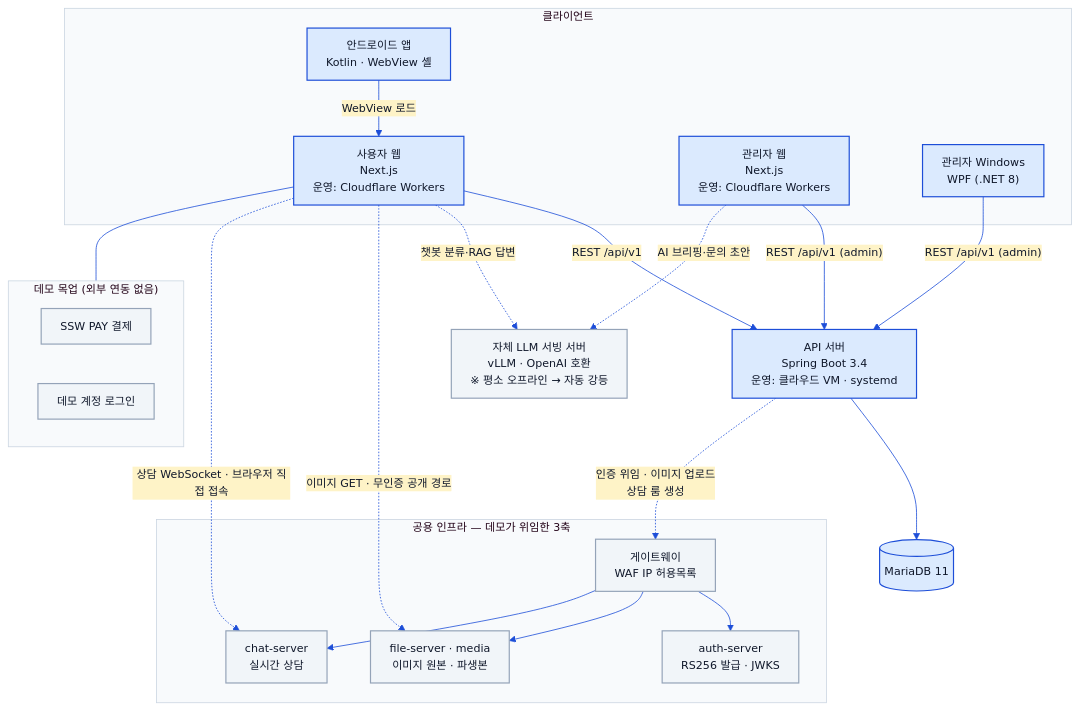
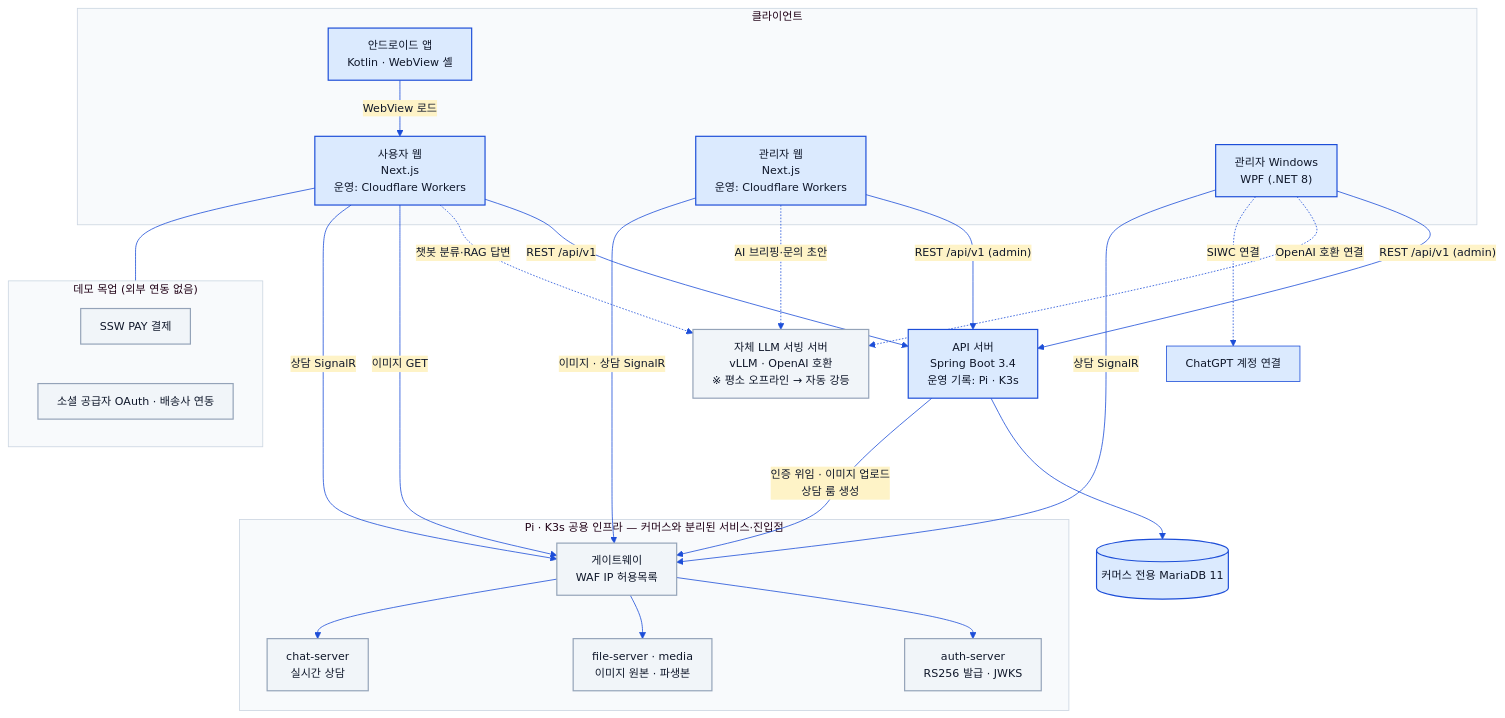
One commit to s-work-agency/ssw-e-commerce-demo-public changed the first of 5 diagrams in README.md. Above: the diagram before and after it, drawn with Mermaid. The commit also changed other lines of this file and 18 other files, not shown here.

````diff
--- a/README.md
+++ b/README.md
@@ -16,49 +19,53 @@
 ```mermaid
 %%{init: {"theme":"base","fontFamily":"Pretendard, Malgun Gothic, sans-serif","themeVariables":{"fontSize":"14px","primaryColor":"#DBEAFE","primaryBorderColor":"#1D4ED8","primaryTextColor":"#0F172A","lineColor":"#1D4ED8","secondaryColor":"#FEF3C7","tertiaryColor":"#DCFCE7","clusterBkg":"#F8FAFC","clusterBorder":"#CBD5E1","noteBkgColor":"#FEF3C7","noteBorderColor":"#D97706","actorBkg":"#DBEAFE","actorBorder":"#1D4ED8","actorTextColor":"#0F172A","signalColor":"#1D4ED8","signalTextColor":"#0F172A","labelBoxBkgColor":"#DBEAFE","labelBoxBorderColor":"#1D4ED8","altSectionBkgColor":"#F8FAFC"},"flowchart":{"curve":"basis","htmlLabels":true,"padding":12}}}%%
 %% 공통 브랜드 테마 — architecture/*.md 전 다이어그램에 동일한 init 블록이 들어간다. 색을 바꿀 때는 이 폴더 전 파일을 일괄 치환할 것.
 graph TB
     subgraph clients["클라이언트"]
         android["안드로이드 앱<br/>Kotlin · WebView 셸"]
         web["사용자 웹<br/>Next.js<br/>운영: Cloudflare Workers"]
         adminweb["관리자 웹<br/>Next.js<br/>운영: Cloudflare Workers"]
         wpf["관리자 Windows<br/>WPF (.NET 8)"]
     end
 
-    server["API 서버<br/>Spring Boot 3.4<br/>운영: 클라우드 VM · systemd"]
-    db[("MariaDB 11")]
+    server["API 서버<br/>Spring Boot 3.4<br/>운영 기록: Pi · K3s"]
+    db[("커머스 전용 MariaDB 11")]
     llm["자체 LLM 서빙 서버<br/>vLLM · OpenAI 호환<br/>※ 평소 오프라인 → 자동 강등"]
 
-    subgraph infra["공용 인프라 — 데모가 위임한 3축"]
+    subgraph infra["Pi · K3s 공용 인프라 — 커머스와 분리된 서비스·진입점"]
         gw["게이트웨이<br/>WAF IP 허용목록"]
         auth["auth-server<br/>RS256 발급 · JWKS"]
         file["file-server · media<br/>이미지 원본 · 파생본"]
         chat["chat-server<br/>실시간 상담"]
         gw --> auth
         gw --> file
         gw --> chat
     end
 
     android -->|"WebView 로드"| web
     web -->|"REST /api/v1"| server
     adminweb -->|"REST /api/v1 (admin)"| server
     wpf -->|"REST /api/v1 (admin)"| server
     server --> db
 
     web -.->|"챗봇 분류·RAG 답변"| llm
     adminweb -.->|"AI 브리핑·문의 초안"| llm
+    wpf -.->|"OpenAI 호환 연결"| llm
+    wpf -.->|"SIWC 연결"| chatgpt["ChatGPT 계정 연결"]
 
-    server -.->|"인증 위임 · 이미지 업로드<br/>상담 룸 생성"| gw
-    web -.->|"이미지 GET · 무인증 공개 경로"| file
-    web -.->|"상담 WebSocket · 브라우저 직접 접속"| chat
+    server -->|"인증 위임 · 이미지 업로드<br/>상담 룸 생성"| gw
+    web -->|"이미지 GET"| gw
+    web -->|"상담 SignalR"| gw
+    adminweb -->|"이미지 · 상담 SignalR"| gw
+    wpf -->|"상담 SignalR"| gw
 
     subgraph mocks["데모 목업 (외부 연동 없음)"]
         pay["SSW PAY 결제"]
-        login["데모 계정 로그인"]
+        login["소셜 공급자 OAuth · 배송사 연동"]
     end
     web --- mocks
 
     classDef step fill:#DBEAFE,stroke:#1D4ED8,stroke-width:1.5px,color:#0F172A
     classDef ext fill:#F1F5F9,stroke:#94A3B8,stroke-width:1.5px,color:#0F172A
     class android,web,adminweb,wpf,server,db step
     class gw,auth,file,chat,llm,pay,login ext
 ```
````
